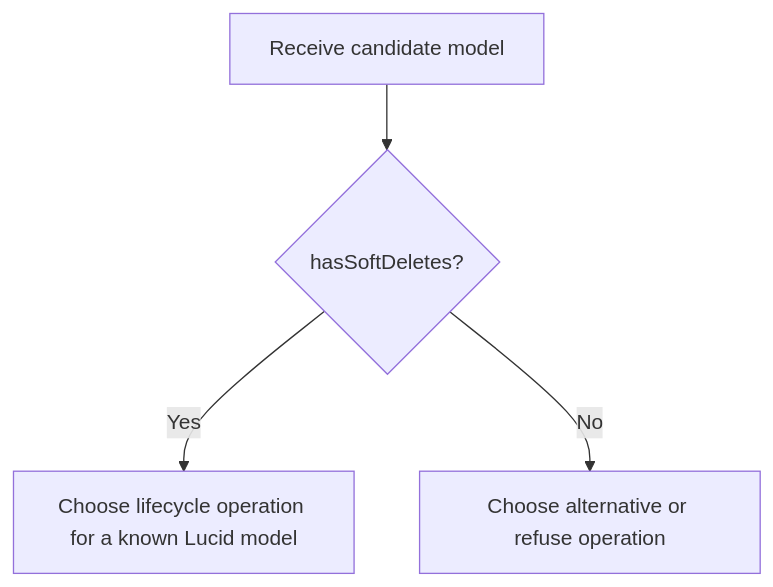
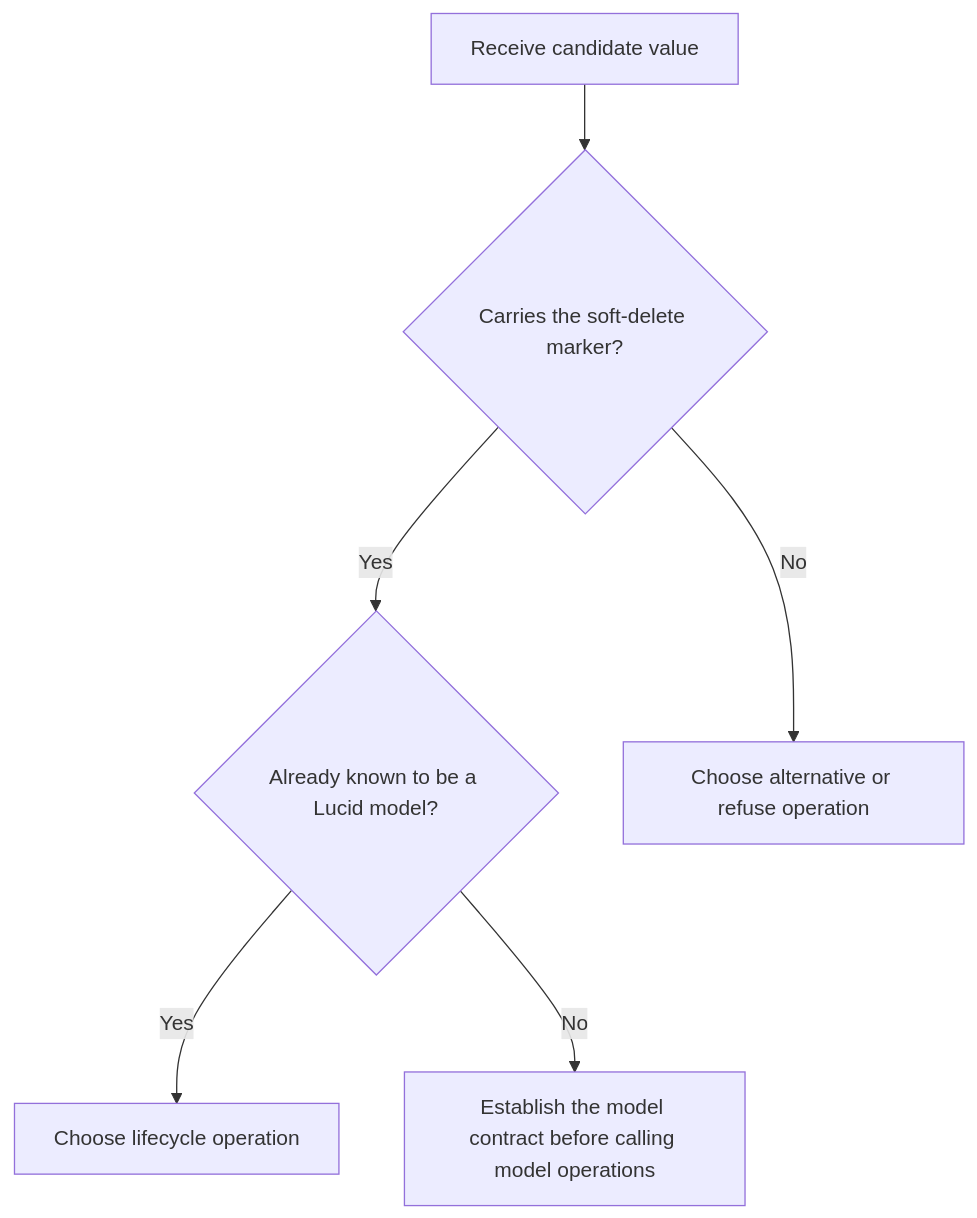
The first of 2 diagrams in user-stories/integration/us-app-08-capability.md (Kevinjohn/oss-adonisjs-lucid-soft-delete), drawn with Mermaid before and after one commit. The commit also changed other lines of this file and 18 other files, not shown here.

````diff
--- a/user-stories/integration/us-app-08-capability.md
+++ b/user-stories/integration/us-app-08-capability.md
@@ -19,6 +19,8 @@
 ```mermaid
 flowchart TD
-    A["Receive candidate model"] --> B{"hasSoftDeletes?"}
-    B -->|Yes| C["Choose lifecycle operation for a known Lucid model"]
+    A["Receive candidate value"] --> B{"Carries the soft-delete marker?"}
+    B -->|Yes| E{"Already known to be a Lucid model?"}
+    E -->|Yes| C["Choose lifecycle operation"]
+    E -->|No| F["Establish the model contract before calling model operations"]
     B -->|No| D["Choose alternative or refuse operation"]
 ```
````
